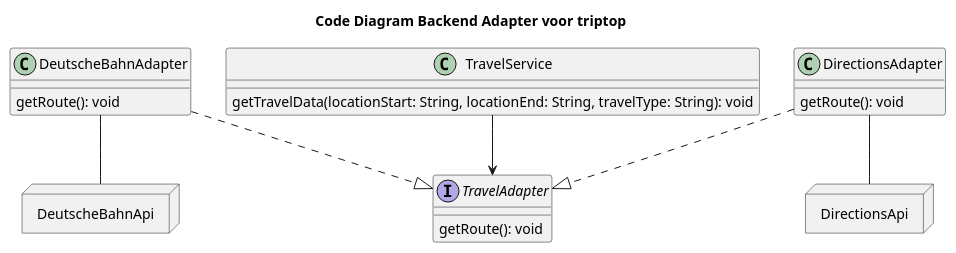
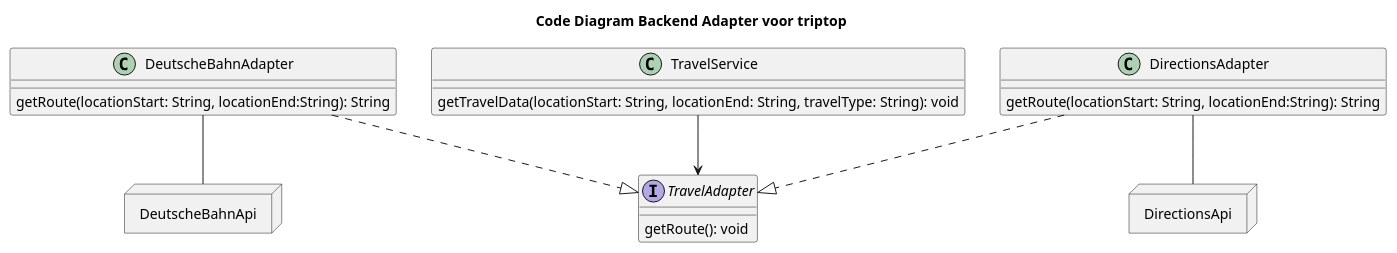
Before and after one commit to AIM-ENE-feb25/triptop-groep-tweeeeeeeeeeeeeeeeeeeeee: the diagram in joost c4 code diagram adapter.puml, drawn with PlantUML. The commit also changed 3 other files, not shown here.

```diff
--- a/joost c4 code diagram adapter.puml
+++ b/joost c4 code diagram adapter.puml
@@ -1,37 +1,37 @@
 @startuml
 'https://plantuml.com/class-diagram
 title Code Diagram Backend Adapter voor triptop
 
 
 class TravelService{
     getTravelData(locationStart: String, locationEnd: String, travelType: String): void
 }
 
 interface TravelAdapter{
    getRoute(): void
 }
 class DirectionsAdapter{
- getRoute(): void
+ getRoute(locationStart: String, locationEnd:String): String
 }
 class DeutscheBahnAdapter{
-  getRoute(): void
+   getRoute(locationStart: String, locationEnd:String): String
 }
 
 
 
 
 TravelService --> TravelAdapter
 
 DirectionsAdapter..|> TravelAdapter
 DeutscheBahnAdapter ..|> TravelAdapter
 
 
 node DeutscheBahnAPI as "DeutscheBahnApi"{
    }
 
 node DirectionsApi as "DirectionsApi"{
    }
 
 DirectionsAdapter -- DirectionsApi
 DeutscheBahnAdapter -- DeutscheBahnAPI
 @enduml
```
